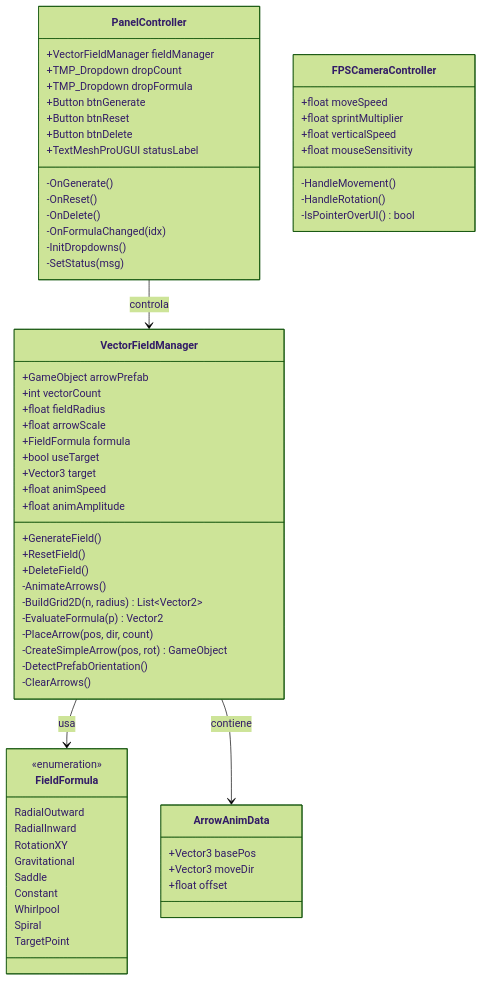
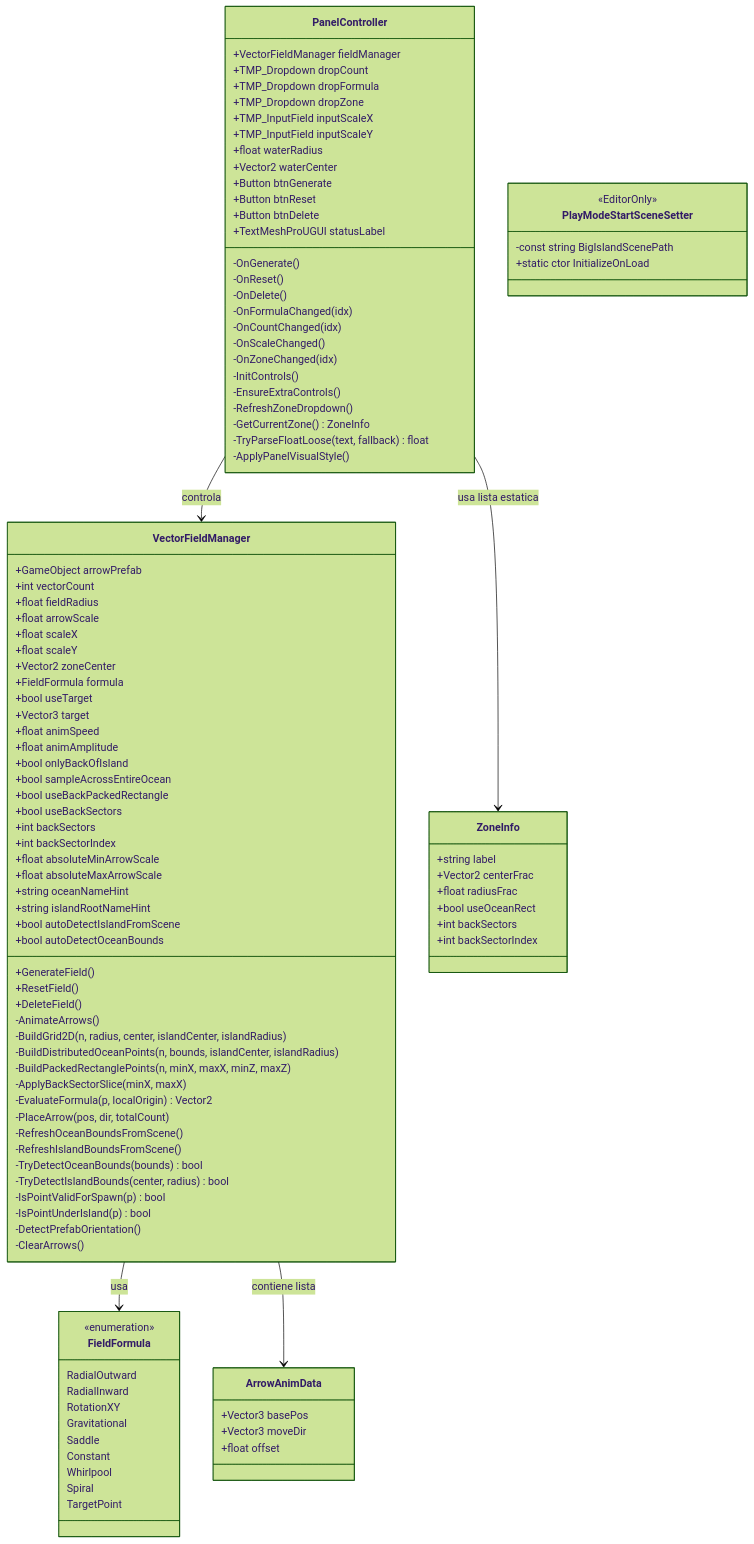
The third of 5 diagrams in README.md (BurbanoValentina/AplicacionVectores), drawn with Mermaid (forest theme) before and after one commit. The commit also changed other lines of this file, not shown here.

Commit message:
Mejora README: diagramas Mermaid actualizados con nuevas funciones de 2026

````diff
--- a/README.md
+++ b/README.md
@@ -137,19 +141,42 @@
         +int vectorCount
         +float fieldRadius
         +float arrowScale
+        +float scaleX
+        +float scaleY
+        +Vector2 zoneCenter
         +FieldFormula formula
         +bool useTarget
         +Vector3 target
         +float animSpeed
         +float animAmplitude
+        +bool onlyBackOfIsland
+        +bool sampleAcrossEntireOcean
+        +bool useBackPackedRectangle
+        +bool useBackSectors
+        +int backSectors
+        +int backSectorIndex
+        +float absoluteMinArrowScale
+        +float absoluteMaxArrowScale
+        +string oceanNameHint
+        +string islandRootNameHint
+        +bool autoDetectIslandFromScene
+        +bool autoDetectOceanBounds
         +GenerateField()
         +ResetField()
         +DeleteField()
         -AnimateArrows()
-        -BuildGrid2D(n, radius) List~Vector2~
-        -EvaluateFormula(p) Vector2
-        -PlaceArrow(pos, dir, count)
-        -CreateSimpleArrow(pos, rot) GameObject
+        -BuildGrid2D(n, radius, center, islandCenter, islandRadius)
+        -BuildDistributedOceanPoints(n, bounds, islandCenter, islandRadius)
+        -BuildPackedRectanglePoints(n, minX, maxX, minZ, maxZ)
+        -ApplyBackSectorSlice(minX, maxX)
+        -EvaluateFormula(p, localOrigin) Vector2
+        -PlaceArrow(pos, dir, totalCount)
+        -RefreshOceanBoundsFromScene()
+        -RefreshIslandBoundsFromScene()
+        -TryDetectOceanBounds(bounds) bool
+        -TryDetectIslandBounds(center, radius) bool
+        -IsPointValidForSpawn(p) bool
+        -IsPointUnderIsland(p) bool
         -DetectPrefabOrientation()
         -ClearArrows()
     }
@@ -171,6 +198,11 @@
         +VectorFieldManager fieldManager
         +TMP_Dropdown dropCount
         +TMP_Dropdown dropFormula
+        +TMP_Dropdown dropZone
+        +TMP_InputField inputScaleX
+        +TMP_InputField inputScaleY
+        +float waterRadius
+        +Vector2 waterCenter
         +Button btnGenerate
         +Button btnReset
         +Button btnDelete
@@ -179,18 +211,24 @@
         -OnReset()
         -OnDelete()
         -OnFormulaChanged(idx)
-        -InitDropdowns()
-        -SetStatus(msg)
+        -OnCountChanged(idx)
+        -OnScaleChanged()
+        -OnZoneChanged(idx)
+        -InitControls()
+        -EnsureExtraControls()
+        -RefreshZoneDropdown()
+        -GetCurrentZone() ZoneInfo
+        -TryParseFloatLoose(text, fallback) float
+        -ApplyPanelVisualStyle()
     }
 
-    class FPSCameraController {
-        +float moveSpeed
-        +float sprintMultiplier
-        +float verticalSpeed
-        +float mouseSensitivity
-        -HandleMovement()
-        -HandleRotation()
-        -IsPointerOverUI() bool
+    class ZoneInfo {
+        +string label
+        +Vector2 centerFrac
+        +float radiusFrac
+        +bool useOceanRect
+        +int backSectors
+        +int backSectorIndex
     }
 
     class ArrowAnimData {
@@ -199,7 +237,14 @@
         +float offset
     }
 
+    class PlayModeStartSceneSetter {
+        <<EditorOnly>>
+        -const string BigIslandScenePath
+        +static ctor InitializeOnLoad
+    }
+
     VectorFieldManager --> FieldFormula : usa
-    VectorFieldManager --> ArrowAnimData : contiene
+    VectorFieldManager --> ArrowAnimData : contiene lista
     PanelController --> VectorFieldManager : controla
+    PanelController --> ZoneInfo : usa lista estatica
 ```
````
